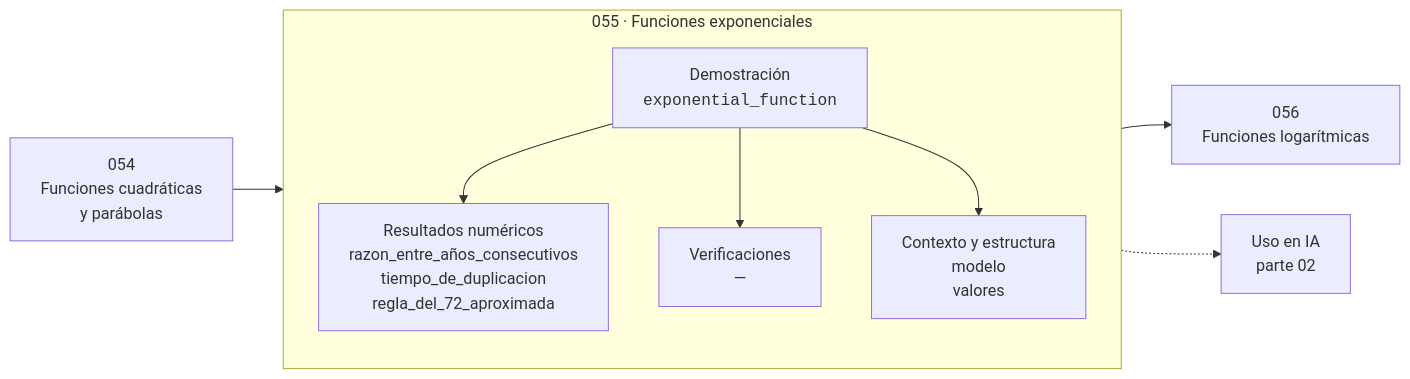
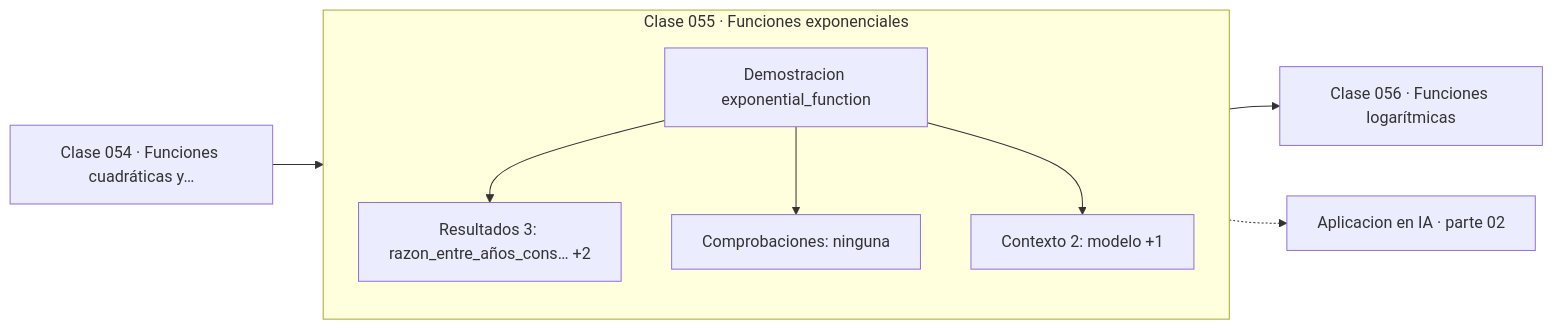
The diagram in classes/part-02-algebra-y-funciones/055-funciones-exponenciales/README.md (vladimiracunadev-create/computational-mathematics-program), drawn with Mermaid before and after one commit. The commit also changed 389 other files, not shown here.

First line of the commit message:
fix(diagramas): elimina el HTML de las etiquetas Mermaid

````diff
--- a/classes/part-02-algebra-y-funciones/055-funciones-exponenciales/README.md
+++ b/classes/part-02-algebra-y-funciones/055-funciones-exponenciales/README.md
@@ -36,12 +36,13 @@
 ```mermaid
 flowchart LR
-    P["054<br/>Funciones cuadráticas<br/>y parábolas"] --> C
-    subgraph C["055 · Funciones exponenciales"]
+    P["Clase 054 · Funciones cuadráticas y…"] --> D
+    subgraph CLASE["Clase 055 · Funciones exponenciales"]
         direction TB
-        D["Demostración<br/><code>exponential_function</code>"] --> R["Resultados numéricos<br/>razon_entre_años_consecutivos<br/>tiempo_de_duplicacion<br/>regla_del_72_aproximada"]
-        D --> V["Verificaciones<br/>—"]
-        D --> O["Contexto y estructura<br/>modelo<br/>valores"]
+        D["Demostracion exponential_function"]
+        D --> R["Resultados 3: razon_entre_años_cons… +2"]
+        D --> V["Comprobaciones: ninguna"]
+        D --> O["Contexto 2: modelo +1"]
     end
-    C --> N["056<br/>Funciones logarítmicas"]
-    C -.-> IA["Uso en IA<br/>parte 02"]
+    R --> N["Clase 056 · Funciones logarítmicas"]
+    V -.-> IA["Aplicacion en IA · parte 02"]
 ```
````
